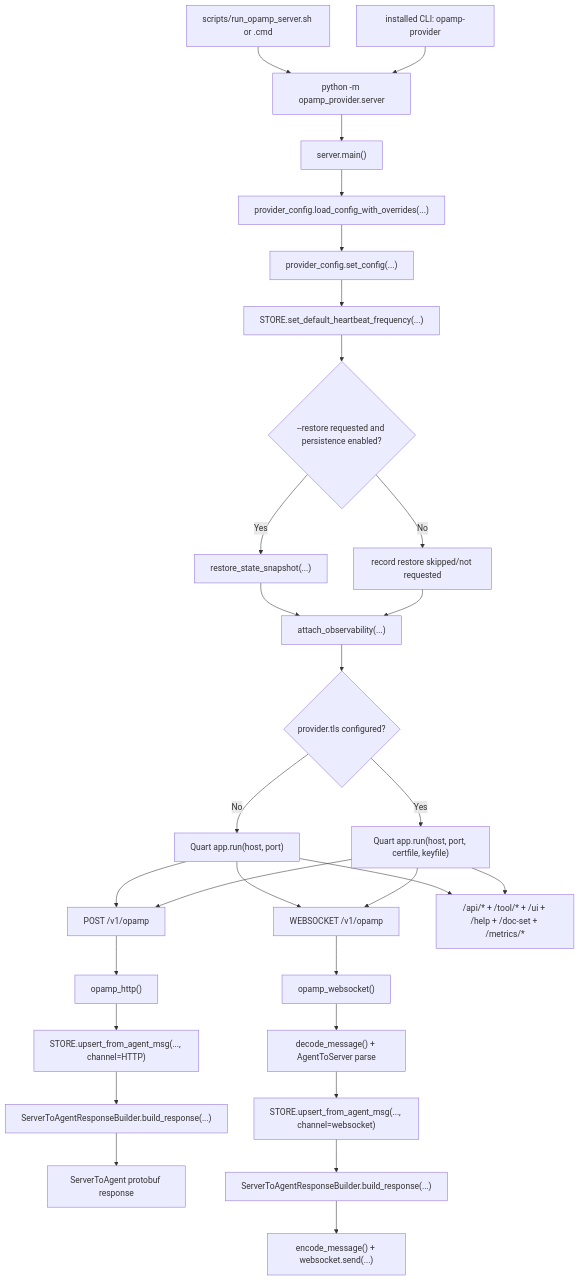
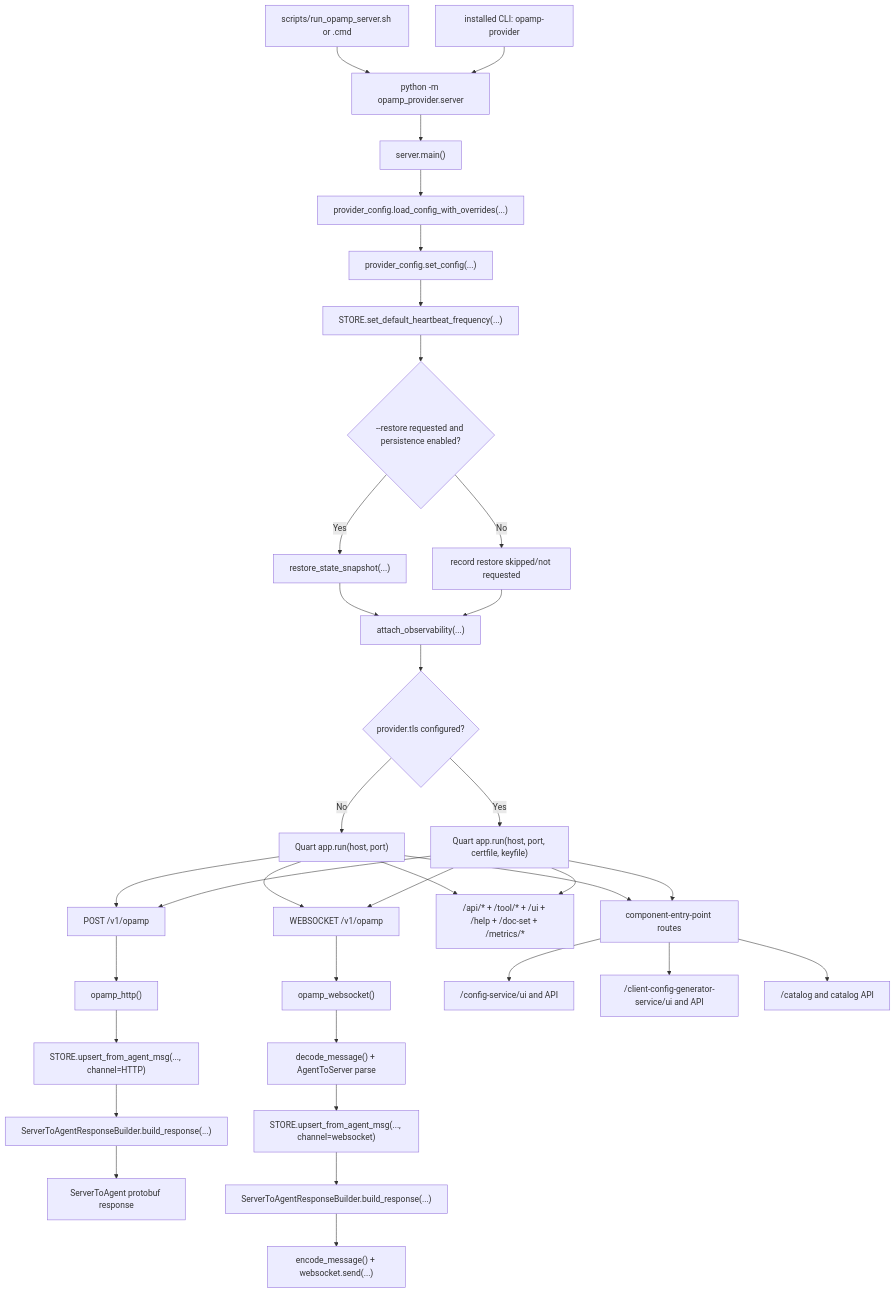
One commit to opamp-observe/opamp-core changed the second of 4 diagrams in docs/dev/server(provider)/provider_server_diagram.md. Above: the diagram before and after it, drawn with Mermaid. The commit also changed other lines of this file and 4 other files, not shown here.

````diff
--- a/docs/dev/server(provider)/provider_server_diagram.md
+++ b/docs/dev/server(provider)/provider_server_diagram.md
@@ -220,37 +254,43 @@
 ```mermaid
 flowchart TD
     A["scripts/run_opamp_server.sh or .cmd"] --> B["python -m opamp_provider.server"]
     C["installed CLI: opamp-provider"] --> B
 
     B --> D["server.main()"]
     D --> E["provider_config.load_config_with_overrides(...)"]
     E --> F["provider_config.set_config(...)"]
     F --> G["STORE.set_default_heartbeat_frequency(...)"]
     G --> H{"--restore requested and persistence enabled?"}
     H -->|Yes| I["restore_state_snapshot(...)"]
     H -->|No| J["record restore skipped/not requested"]
     I --> K["attach_observability(...)"]
     J --> K
     K --> L{"provider.tls configured?"}
     L -->|No| M["Quart app.run(host, port)"]
     L -->|Yes| N["Quart app.run(host, port, certfile, keyfile)"]
 
     M --> O["POST /v1/opamp"]
     M --> P["WEBSOCKET /v1/opamp"]
     M --> Q["/api/* + /tool/* + /ui + /help + /doc-set + /metrics/*"]
+    M --> AA["component-entry-point routes"]
 
     N --> O
     N --> P
     N --> Q
+    N --> AA
 
     O --> R["opamp_http()"]
     R --> S["STORE.upsert_from_agent_msg(..., channel=HTTP)"]
     S --> T["ServerToAgentResponseBuilder.build_response(...)"]
     T --> U["ServerToAgent protobuf response"]
 
     P --> V["opamp_websocket()"]
     V --> W["decode_message() + AgentToServer parse"]
     W --> X["STORE.upsert_from_agent_msg(..., channel=websocket)"]
     X --> Y["ServerToAgentResponseBuilder.build_response(...)"]
     Y --> Z["encode_message() + websocket.send(...)"]
+
+    AA --> AB["/config-service/ui and API"]
+    AA --> AC["/client-config-generator-service/ui and API"]
+    AA --> AD["/catalog and catalog API"]
 ```
````
